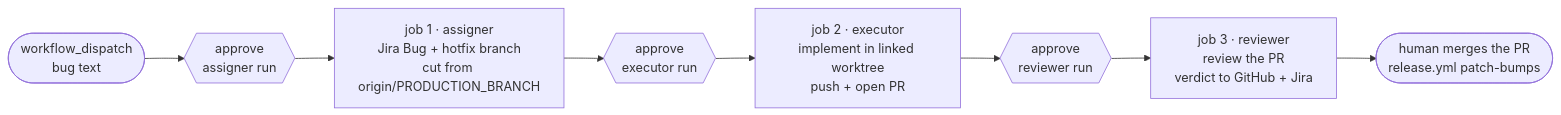
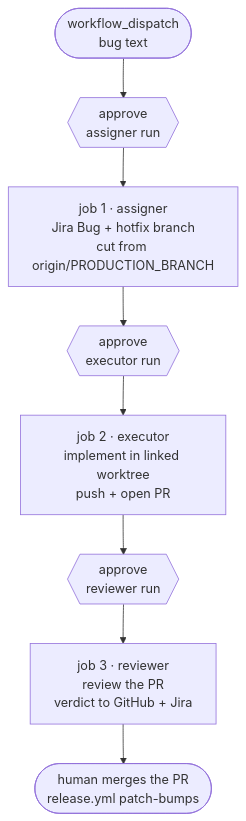
The diagram in plugins/jira-sdlc/docs/applications/ci-hotfix-flow-demo.md (kantorv/jira-sdlc-tools), drawn with Mermaid before and after one commit.

Commit message:
diagramm show up style fix

````diff
--- a/plugins/jira-sdlc/docs/applications/ci-hotfix-flow-demo.md
+++ b/plugins/jira-sdlc/docs/applications/ci-hotfix-flow-demo.md
@@ -36,10 +36,10 @@
 ```mermaid
-flowchart LR
+flowchart TB
     D([workflow_dispatch<br>bug text]) --> G1{{"approve<br>assigner run"}}
     G1 --> J1["job 1 · assigner<br>Jira Bug + hotfix branch<br>cut from origin/PRODUCTION_BRANCH"]
     J1 --> G2{{"approve<br>executor run"}}
     G2 --> J2["job 2 · executor<br>implement in linked worktree<br>push + open PR"]
     J2 --> G3{{"approve<br>reviewer run"}}
     G3 --> J3["job 3 · reviewer<br>review the PR<br>verdict to GitHub + Jira"]
     J3 --> H([human merges the PR<br>release.yml patch-bumps])
 ```
````
